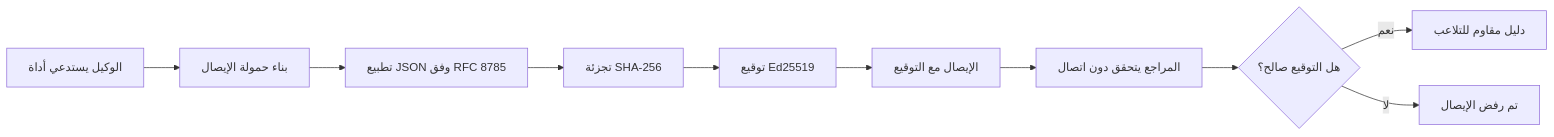
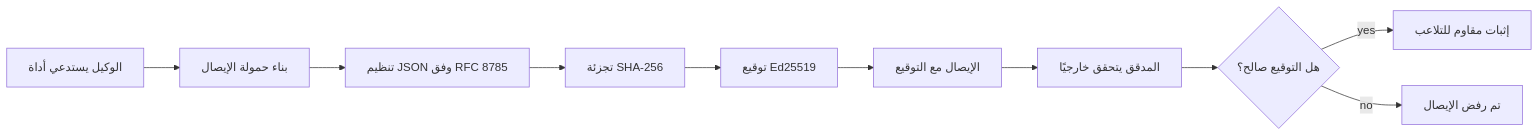
The first of 2 diagrams in mirrors/repos/microsoft@ai-agents-for-beginners/translations/ar/18-securing-ai-agents/README.md (gabrielmoreira/agent-skills-mirror), drawn with Mermaid before and after one commit. The commit also changed other lines of this file and 4482 other files, not shown here.

````diff
--- a/mirrors/repos/microsoft@ai-agents-for-beginners/translations/ar/18-securing-ai-agents/README.md
+++ b/mirrors/repos/microsoft@ai-agents-for-beginners/translations/ar/18-securing-ai-agents/README.md
@@ -51,12 +51,12 @@
 ```mermaid
 flowchart LR
     A[الوكيل يستدعي أداة] --> B[بناء حمولة الإيصال]
-    B --> C[تطبيع JSON وفق RFC 8785]
+    B --> C[تنظيم JSON وفق RFC 8785]
     C --> D[تجزئة SHA-256]
     D --> E[توقيع Ed25519]
     E --> F[الإيصال مع التوقيع]
-    F --> G[المراجع يتحقق دون اتصال]
+    F --> G[المدقق يتحقق خارجيًا]
     G --> H{هل التوقيع صالح؟}
-    H -- نعم --> I[دليل مقاوم للتلاعب]
-    H -- لا --> J[تم رفض الإيصال]
+    H -- yes --> I[إثبات مقاوم للتلاعب]
+    H -- no --> J[تم رفض الإيصال]
 ```
````
